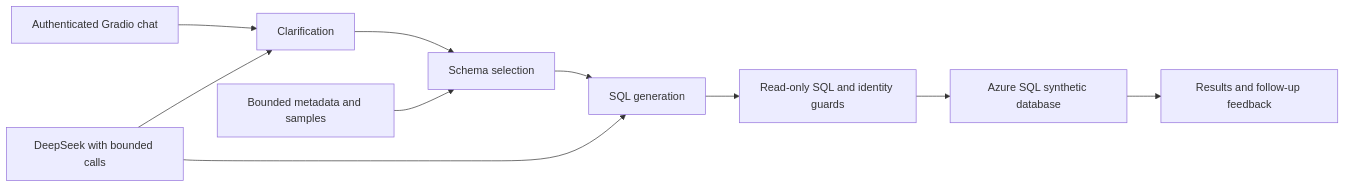
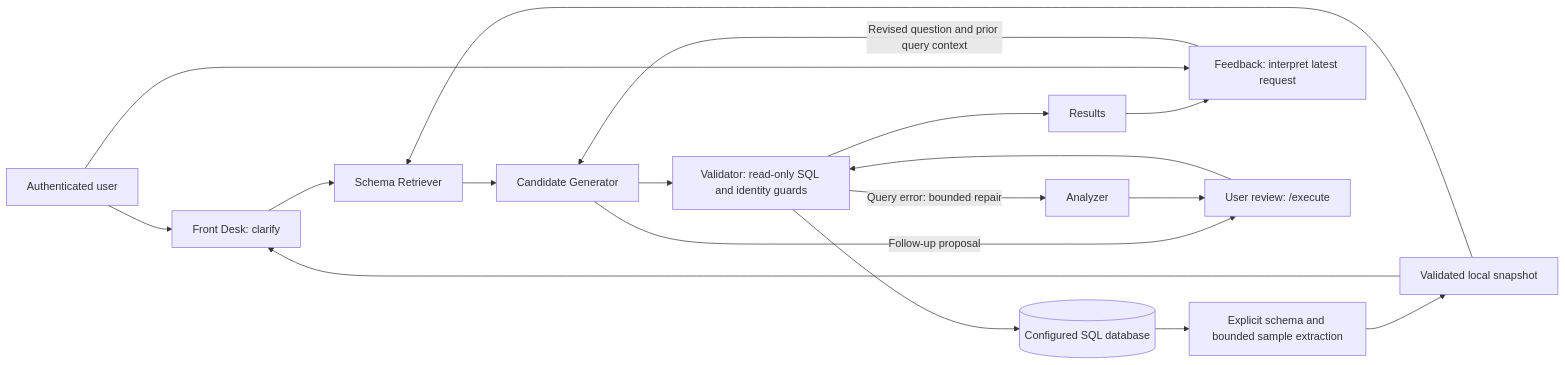
Before and after one commit to AM-Hejazi/DB-Mind-Azure-Demo: the diagram in README.md, drawn with Mermaid. The commit also changed other lines of this file and 8 other files, not shown here.

````diff
--- a/README.md
+++ b/README.md
@@ -13,12 +21,20 @@
 ```mermaid
 flowchart LR
-    User[Authenticated Gradio chat] --> Clarify[Clarification]
-    Clarify --> Schema[Schema selection]
-    Cache[Bounded metadata and samples] --> Schema
-    Schema --> Generate[SQL generation]
-    Generate --> Guard[Read-only SQL and identity guards]
-    Guard --> SQL[Azure SQL synthetic database]
-    SQL --> Results[Results and follow-up feedback]
-    DeepSeek[DeepSeek with bounded calls] --> Clarify
-    DeepSeek --> Generate
+    User[Authenticated user] --> FD[Front Desk: clarify]
+    DB[(Configured SQL database)] --> Discovery[Explicit schema and bounded sample extraction]
+    Discovery --> Cache[Validated local snapshot]
+    Cache --> FD
+    FD --> SR[Schema Retriever]
+    Cache --> SR
+    SR --> CG[Candidate Generator]
+    CG --> V[Validator: read-only SQL and identity guards]
+    V --> DB
+    V --> Results[Results]
+    Results --> FA[Feedback: interpret latest request]
+    User --> FA
+    FA -->|Revised question and prior query context| CG
+    CG -->|Follow-up proposal| Review[User review: /execute]
+    Review --> V
+    V -->|Query error: bounded repair| AN[Analyzer]
+    AN --> Review
 ```
````
